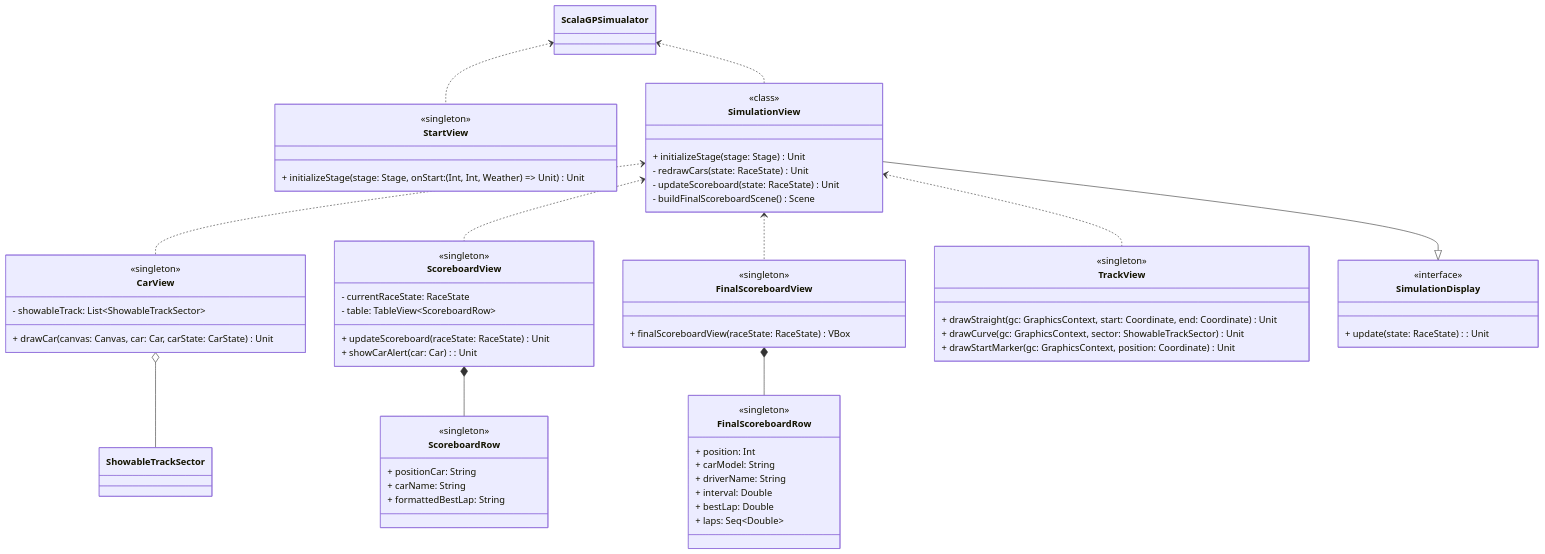
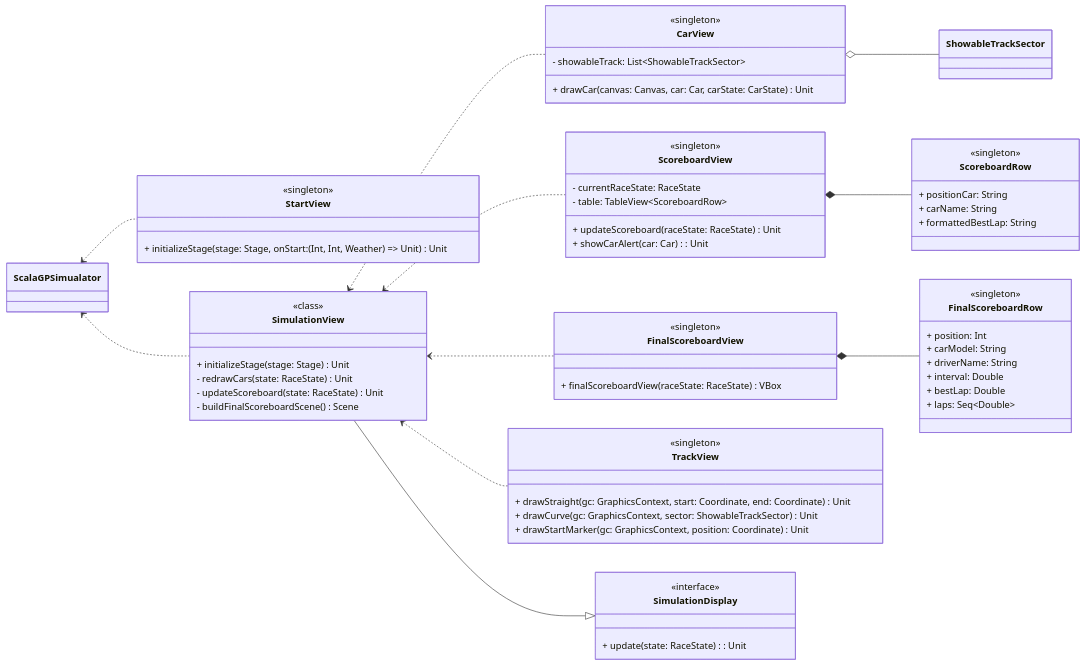
The diagram in docs/report/4_detailed_design/view/view.md (ItsTiz/PPS-24-sgp), drawn with Mermaid before and after one commit. The commit also changed other lines of this file, not shown here.

Commit message:
docs: update view

````diff
--- a/docs/report/4_detailed_design/view/view.md
+++ b/docs/report/4_detailed_design/view/view.md
@@ -8,79 +8,79 @@
 ```mermaid
 classDiagram
-direction TB
+direction LR
     %% Car package
     class CarView {
         <<singleton>>
         - showableTrack: List~ShowableTrackSector~
         + drawCar(canvas: Canvas, car: Car, carState: CarState) Unit
     }
     %% Scoreboard package
     class ScoreboardRow {
         <<singleton>>
         + positionCar: String
         + carName: String
         + formattedBestLap: String
     }
 
     class ScoreboardView {
         <<singleton>>
         + updateScoreboard(raceState: RaceState) Unit
         + showCarAlert(car: Car): Unit
         - currentRaceState: RaceState
         - table: TableView~ScoreboardRow~
     }
     class FinalScoreboardRow {
         <<singleton>>
         + position: Int
         + carModel: String
         + driverName: String
         + interval: Double
         + bestLap: Double
         + laps: Seq~Double~
     }
 
     class FinalScoreboardView {
         <<singleton>>
         + finalScoreboardView(raceState: RaceState) VBox
     }
     %% Simulation package
     class StartView {
         <<singleton>>
         + initializeStage(stage: Stage, onStart: (Int, Int, Weather) => Unit) Unit
     }
     %% Track package
     class TrackView {
         <<singleton>>
         + drawStraight(gc: GraphicsContext, start: Coordinate, end: Coordinate) Unit
         + drawCurve(gc: GraphicsContext, sector: ShowableTrackSector) Unit
         + drawStartMarker(gc: GraphicsContext, position: Coordinate) Unit
     }
 
   
     %% Utils package
     class SimulationView {
          <<class>>
         + initializeStage(stage: Stage) Unit
         - redrawCars(state: RaceState) Unit
         - updateScoreboard(state: RaceState) Unit
         - buildFinalScoreboardScene() Scene
     }
     class SimulationDisplay {
         <<interface>>
          + update(state: RaceState): Unit
     }
 
     class ScalaGPSimualator {
 
     }
 ScalaGPSimualator <.. SimulationView
 ScalaGPSimualator <.. StartView
 SimulationView --|> SimulationDisplay
 SimulationView <.. TrackView
 SimulationView <.. CarView
 SimulationView <.. ScoreboardView
 SimulationView <.. FinalScoreboardView
 FinalScoreboardView *-- FinalScoreboardRow
 ScoreboardView *-- ScoreboardRow
 CarView o-- ShowableTrackSector
 ```
````
